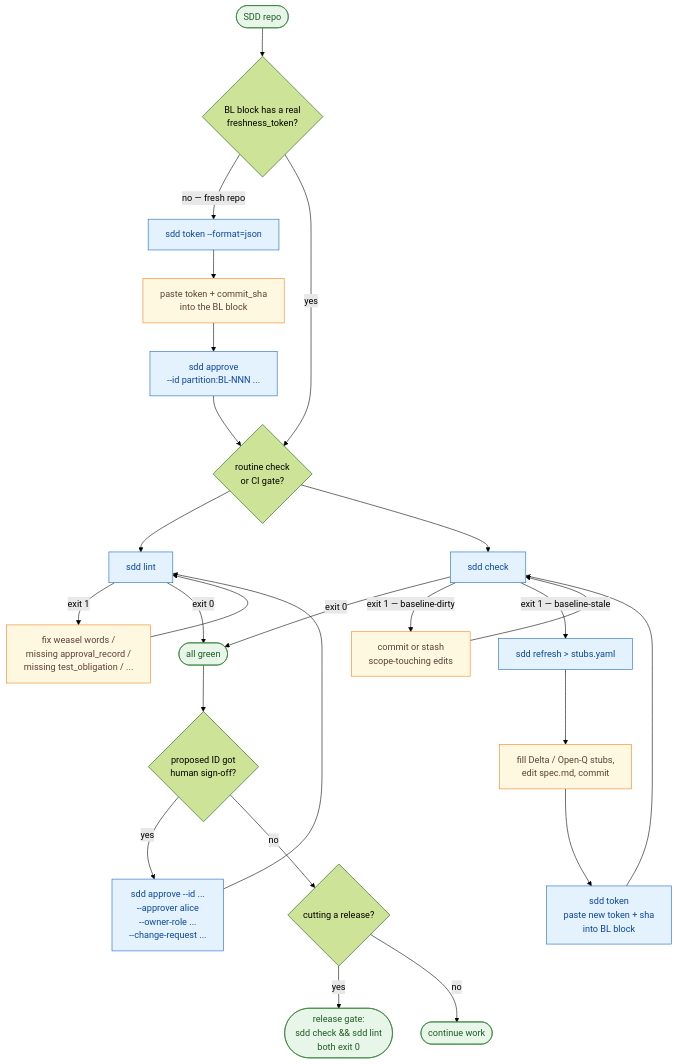
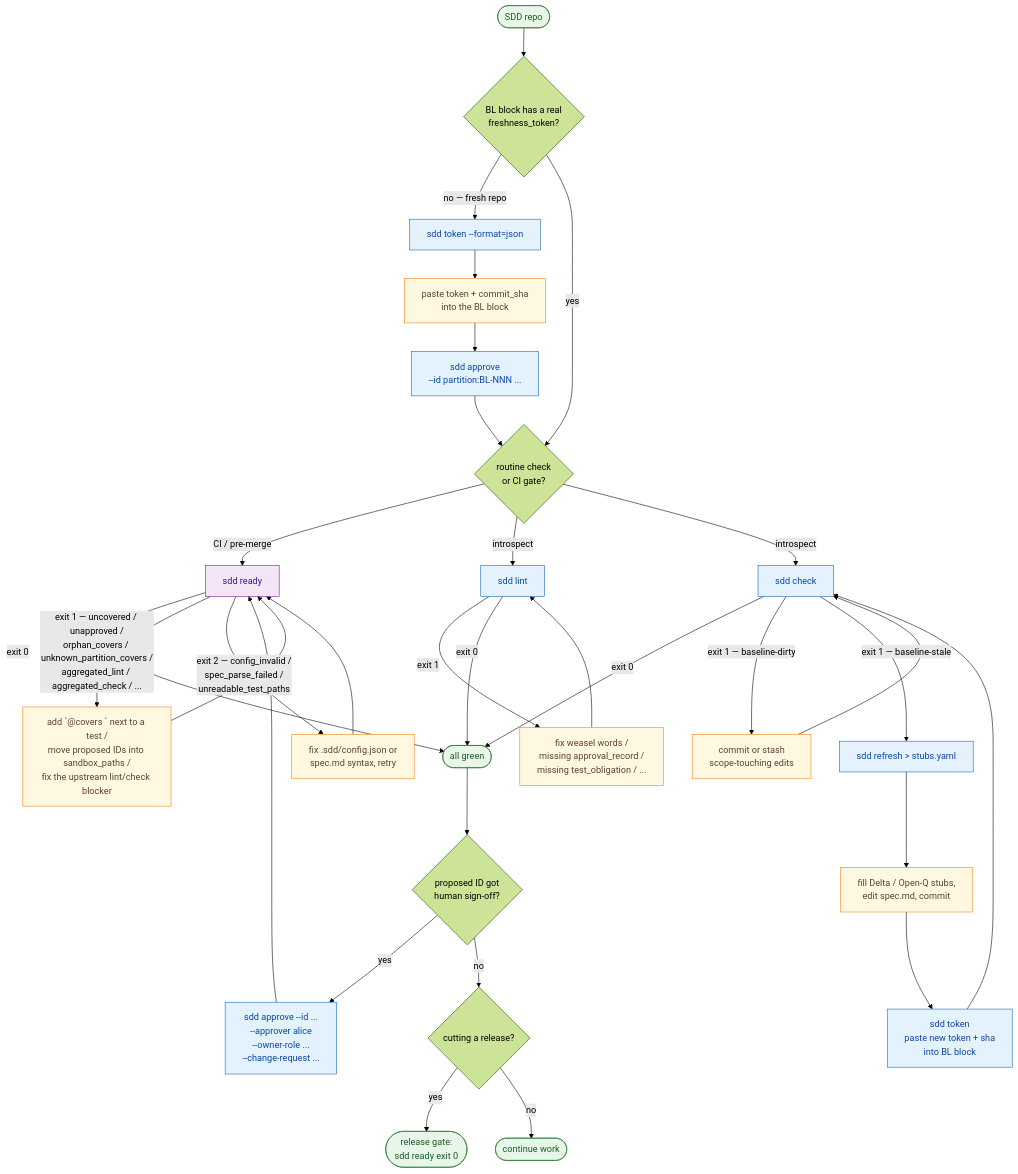
The diagram in README.md (cyberash-dev/agent-sdd), drawn with Mermaid (forest theme) before and after one commit. The commit also changed other lines of this file, not shown here.

First line of the commit message:
document sdd ready as the single CI gate in README

````diff
--- a/README.md
+++ b/README.md
@@ -541,39 +544,47 @@
 ```mermaid
 flowchart TD
   classDef cmd fill:#e3f2fd,stroke:#1565c0,color:#0d47a1
   classDef human fill:#fff8e1,stroke:#f57f17,color:#5d4037
   classDef ok fill:#e8f5e9,stroke:#2e7d32,color:#1b5e20
+  classDef gate fill:#f3e5f5,stroke:#6a1b9a,color:#311b92
 
   S([SDD repo]):::ok
 
   S --> Q1{BL block has a real<br/>freshness_token?}
 
   Q1 -- "no — fresh repo" --> B1["sdd token --format=json"]:::cmd
   B1 --> B2[paste token + commit_sha<br/>into the BL block]:::human
   B2 --> B3["sdd approve<br/>--id partition:BL-NNN ..."]:::cmd
   B3 --> Q2
 
   Q1 -- "yes" --> Q2{routine check<br/>or CI gate?}
 
-  Q2 --> L["sdd lint"]:::cmd
-  Q2 --> C["sdd check"]:::cmd
+  Q2 -- "CI / pre-merge" --> RDY["sdd ready"]:::gate
+  Q2 -- "introspect" --> L["sdd lint"]:::cmd
+  Q2 -- "introspect" --> C["sdd check"]:::cmd
+
+  RDY -- "exit 0" --> OK([all green]):::ok
+  RDY -- "exit 1 — uncovered / unapproved /<br/>orphan_covers / unknown_partition_covers /<br/>aggregated_lint / aggregated_check / ..." --> RDYF[add `@covers <id>` next to a test /<br/>move proposed IDs into sandbox_paths /<br/>fix the upstream lint/check blocker]:::human
+  RDYF --> RDY
+  RDY -- "exit 2 — config_invalid /<br/>spec_parse_failed /<br/>unreadable_test_paths" --> RDYC[fix .sdd/config.json or<br/>spec.md syntax, retry]:::human
+  RDYC --> RDY
 
   L -- "exit 1" --> LF[fix weasel words /<br/>missing approval_record /<br/>missing test_obligation / ...]:::human
   LF --> L
-  L -- "exit 0" --> OK([all green]):::ok
+  L -- "exit 0" --> OK
 
   C -- "exit 0" --> OK
   C -- "exit 1 — baseline-dirty" --> CD[commit or stash<br/>scope-touching edits]:::human
   CD --> C
   C -- "exit 1 — baseline-stale" --> R["sdd refresh > stubs.yaml"]:::cmd
   R --> RS[fill Delta / Open-Q stubs,<br/>edit spec.md, commit]:::human
   RS --> RT["sdd token<br/>paste new token + sha<br/>into BL block"]:::cmd
   RT --> C
 
   OK --> Q3{proposed ID got<br/>human sign-off?}
   Q3 -- "yes" --> A["sdd approve --id ...<br/>--approver alice<br/>--owner-role ...<br/>--change-request ..."]:::cmd
-  A --> L
+  A --> RDY
   Q3 -- "no" --> Q4{cutting a release?}
-  Q4 -- "yes" --> RE([release gate:<br/>sdd check && sdd lint<br/>both exit 0]):::ok
+  Q4 -- "yes" --> RE([release gate:<br/>sdd ready exit 0]):::ok
   Q4 -- "no" --> END([continue work]):::ok
 ```
````
